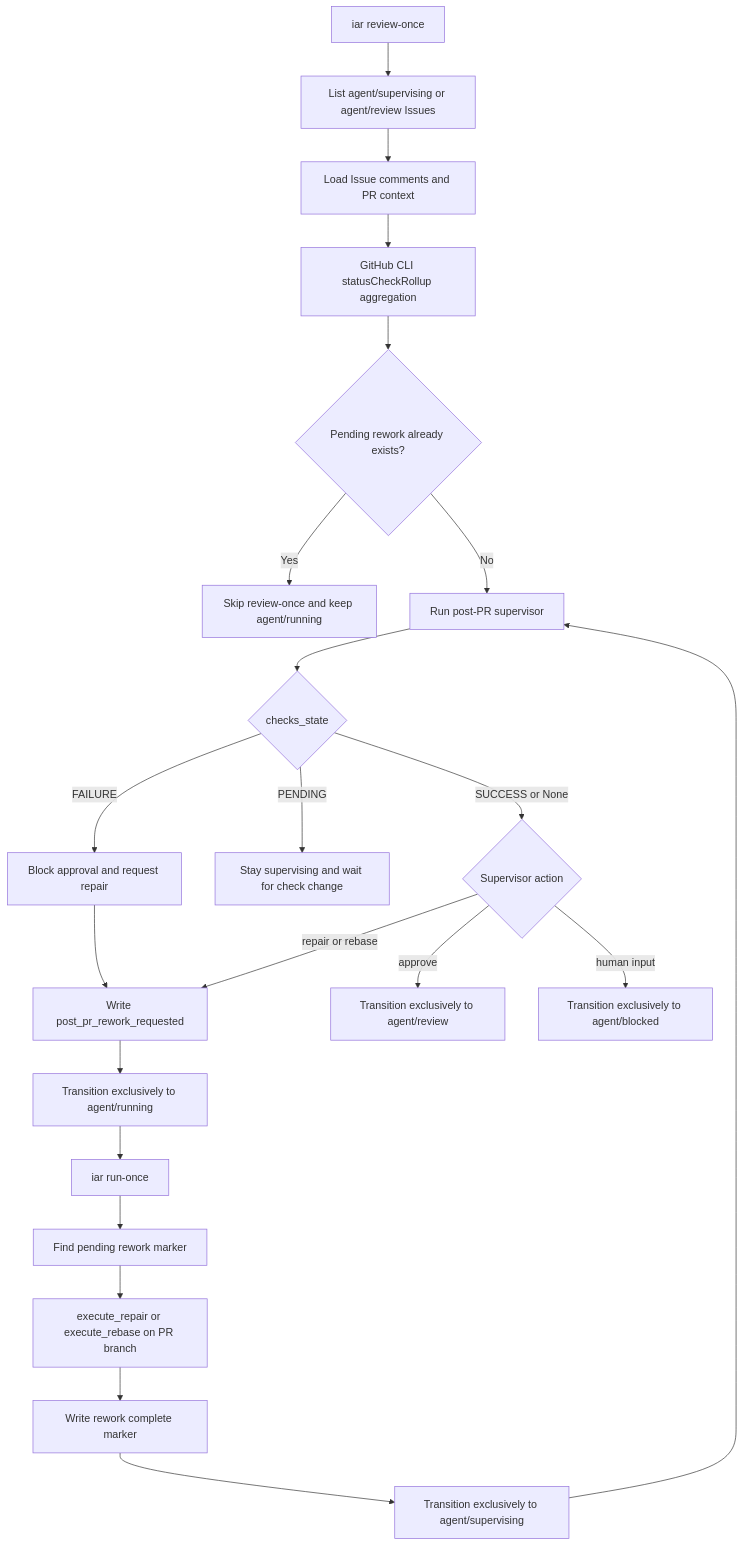
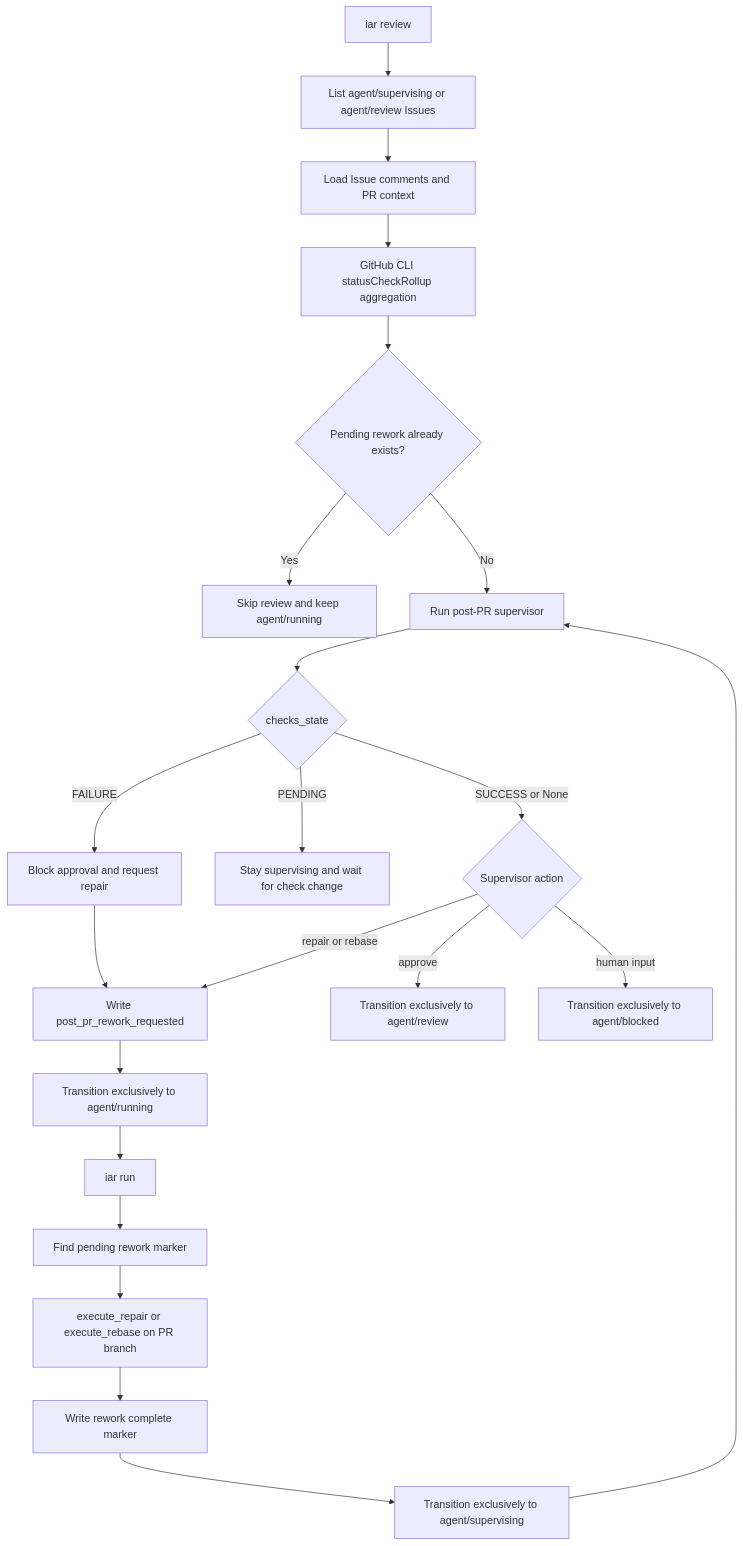
The diagram in tasks/pending/P1-BUG-20260527-093356-agent-runner-ci-rework-state-recovery.md (zata-zhangtao/keda), drawn with Mermaid before and after one commit. The commit also changed other lines of this file and 31 other files, not shown here.

````diff
--- a/tasks/pending/P1-BUG-20260527-093356-agent-runner-ci-rework-state-recovery.md
+++ b/tasks/pending/P1-BUG-20260527-093356-agent-runner-ci-rework-state-recovery.md
@@ -381,24 +381,24 @@
 ```mermaid
 flowchart TD
-    A["iar review-once"] --> B["List agent/supervising or agent/review Issues"]
+    A["iar review"] --> B["List agent/supervising or agent/review Issues"]
     B --> C["Load Issue comments and PR context"]
     C --> D["GitHub CLI statusCheckRollup aggregation"]
     D --> E{"Pending rework already exists?"}
-    E -->|"Yes"| F["Skip review-once and keep agent/running"]
+    E -->|"Yes"| F["Skip review and keep agent/running"]
     E -->|"No"| G["Run post-PR supervisor"]
     G --> H{"checks_state"}
     H -->|"FAILURE"| I["Block approval and request repair"]
     H -->|"PENDING"| J["Stay supervising and wait for check change"]
     H -->|"SUCCESS or None"| K{"Supervisor action"}
     I --> L["Write post_pr_rework_requested"]
     K -->|"repair or rebase"| L
     K -->|"approve"| M["Transition exclusively to agent/review"]
     K -->|"human input"| N["Transition exclusively to agent/blocked"]
     L --> O["Transition exclusively to agent/running"]
-    O --> P["iar run-once"]
+    O --> P["iar run"]
     P --> Q["Find pending rework marker"]
     Q --> R["execute_repair or execute_rebase on PR branch"]
     R --> S["Write rework complete marker"]
     S --> T["Transition exclusively to agent/supervising"]
     T --> G
 ```
````
